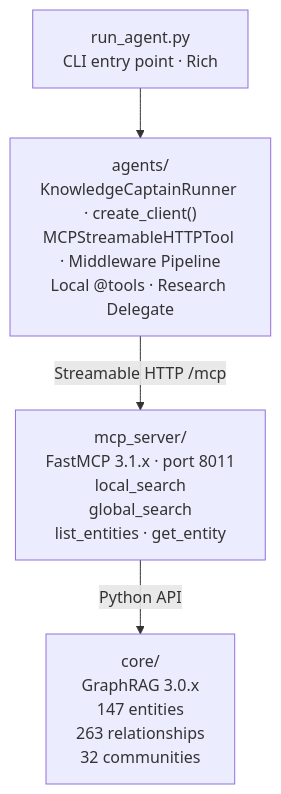
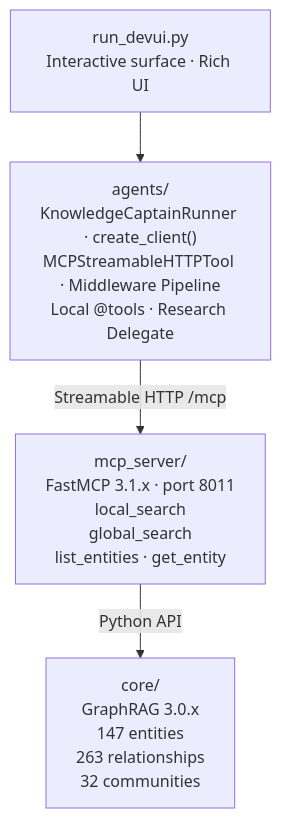
One commit to cristofima/maf-graphrag-series changed the second of 3 diagrams in README.md. Above: the diagram before and after it, drawn with Mermaid. The commit also changed other lines of this file and 8 other files, not shown here.

First line of the commit message:
docs: update documentation and replace CLI with DevUI for agent and workflow interactions

````diff
--- a/README.md
+++ b/README.md
@@ -237,11 +238,11 @@
 ```mermaid
 flowchart TD
-    A["run_agent.py<br/>CLI entry point · Rich"]
+    A["run_devui.py<br/>Interactive surface · Rich UI"]
     B["agents/<br/>KnowledgeCaptainRunner · create_client()<br/>MCPStreamableHTTPTool · Middleware Pipeline<br/>Local @tools · Research Delegate"]
     C["mcp_server/<br/>FastMCP 3.1.x · port 8011<br/>local_search<br/>global_search<br/>list_entities · get_entity"]
     D["core/<br/>GraphRAG 3.0.x<br/>147 entities<br/>263 relationships<br/>32 communities"]
 
     A --> B
     B -->|"Streamable HTTP /mcp"| C
     C -->|"Python API"| D
 ```
````
